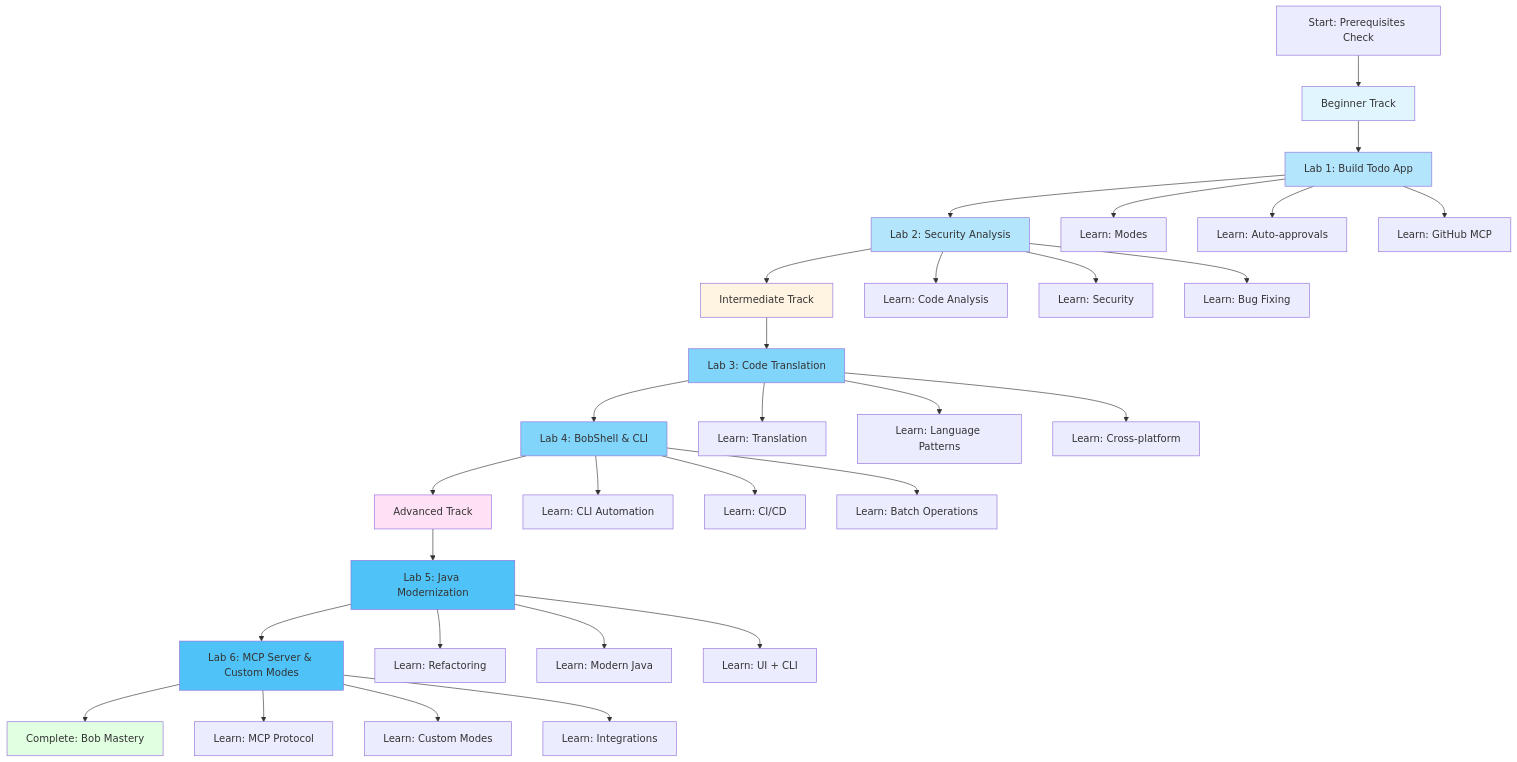
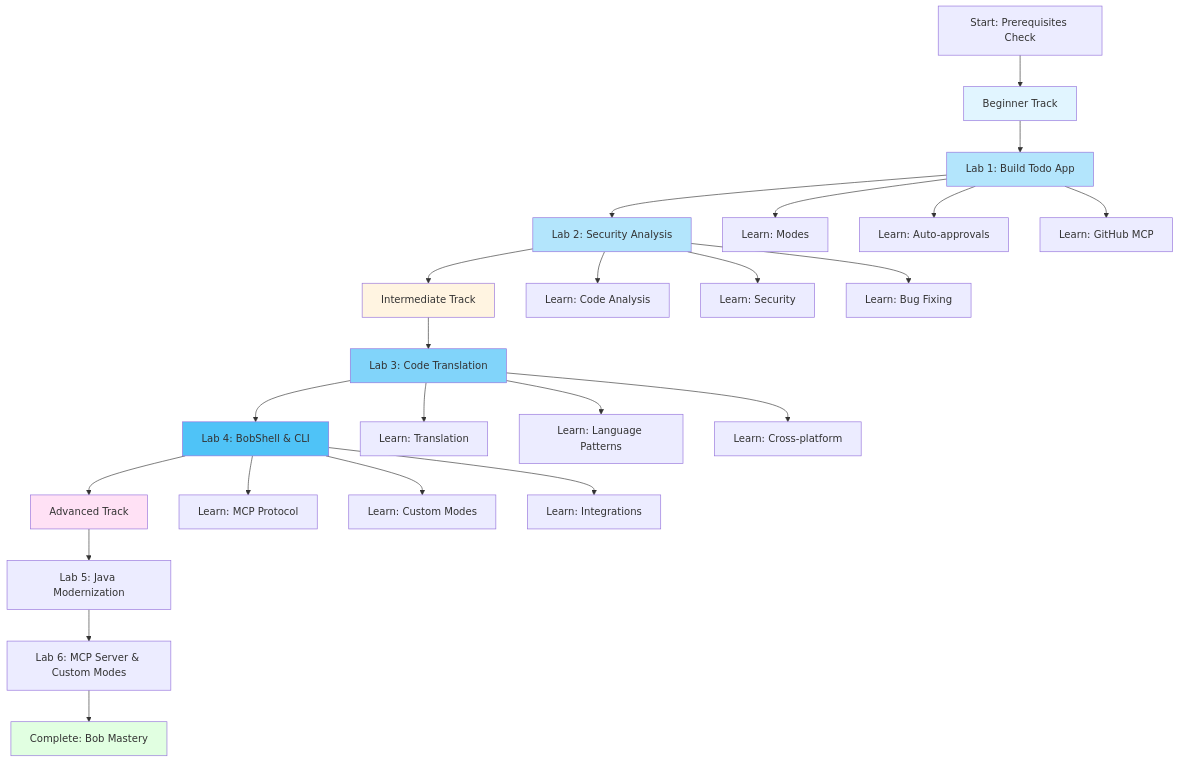
The first of 12 diagrams in LAB_OVERVIEW.md (MEA-Watsonx-bootcamp-IBM/Bob-Client-Bootcamp), drawn with Mermaid before and after one commit.

````diff
--- a/LAB_OVERVIEW.md
+++ b/LAB_OVERVIEW.md
@@ -5,51 +5,41 @@
 ```mermaid
 graph TB
     Start[Start: Prerequisites Check] --> Beginner[Beginner Track]
     Beginner --> Lab1[Lab 1: Build Todo App]
     Lab1 --> Lab2[Lab 2: Security Analysis]
     
     Lab2 --> Intermediate[Intermediate Track]
     Intermediate --> Lab3[Lab 3: Code Translation]
     Lab3 --> Lab4[Lab 4: BobShell & CLI]
     
     Lab4 --> Advanced[Advanced Track]
     Advanced --> Lab5[Lab 5: Java Modernization]
     Lab5 --> Lab6[Lab 6: MCP Server & Custom Modes]
     
     Lab6 --> Complete[Complete: Bob Mastery]
     
     Lab1 --> L1A[Learn: Modes]
     Lab1 --> L1B[Learn: Auto-approvals]
     Lab1 --> L1C[Learn: GitHub MCP]
     
     Lab2 --> L2A[Learn: Code Analysis]
     Lab2 --> L2B[Learn: Security]
     Lab2 --> L2C[Learn: Bug Fixing]
     
     Lab3 --> L3A[Learn: Translation]
     Lab3 --> L3B[Learn: Language Patterns]
     Lab3 --> L3C[Learn: Cross-platform]
     
-    Lab4 --> L4A[Learn: CLI Automation]
-    Lab4 --> L4B[Learn: CI/CD]
-    Lab4 --> L4C[Learn: Batch Operations]
-    
-    Lab5 --> L5A[Learn: Refactoring]
-    Lab5 --> L5B[Learn: Modern Java]
-    Lab5 --> L5C[Learn: UI + CLI]
-    
-    Lab6 --> L6A[Learn: MCP Protocol]
-    Lab6 --> L6B[Learn: Custom Modes]
-    Lab6 --> L6C[Learn: Integrations]
+    Lab4 --> L4A[Learn: MCP Protocol]
+    Lab4 --> L4B[Learn: Custom Modes]
+    Lab4 --> L4C[Learn: Integrations]
     
     style Lab1 fill:#b3e5fc
     style Lab2 fill:#b3e5fc
     style Lab3 fill:#81d4fa
-    style Lab4 fill:#81d4fa
-    style Lab5 fill:#4fc3f7
-    style Lab6 fill:#4fc3f7
+    style Lab4 fill:#4fc3f7
     style Complete fill:#e1ffe1
     style Beginner fill:#e1f5ff
     style Intermediate fill:#fff4e1
     style Advanced fill:#ffe1f5
 ```
````
